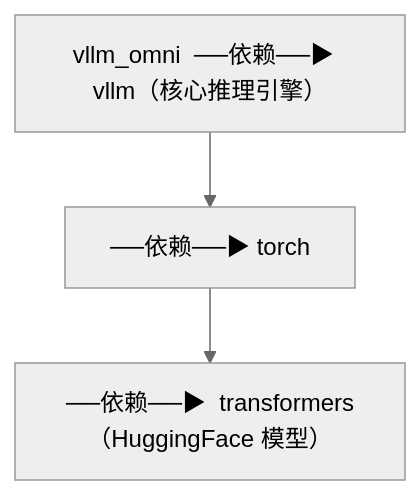
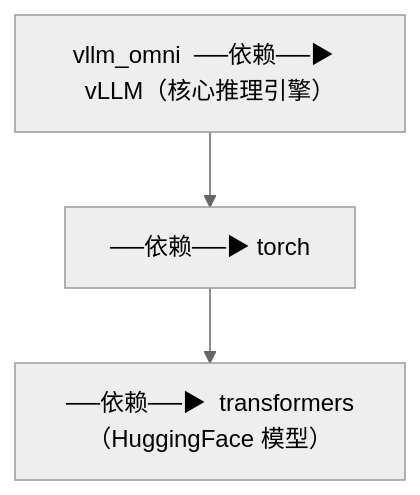
One commit to keyuanweb/ai-learning-path changed the diagram in vllm-omni-learning-path/01-项目总览与入口/01-符号地图.md. Above: the diagram before and after it, drawn with Mermaid (neutral theme). The commit also changed other lines of this file and 176 other files, not shown here.

First line of the commit message:
docs: 全仓库文档校对修复——错别字/失效链接/Mermaid图/源码引用

````diff
--- a/vllm-omni-learning-path/01-项目总览与入口/01-符号地图.md
+++ b/vllm-omni-learning-path/01-项目总览与入口/01-符号地图.md
@@ -37,8 +37,8 @@
 ```mermaid
 flowchart TD
-  n0["vllm_omni  ──依赖──▶  vllm（核心推理引擎）"]
+  n0["vllm_omni  ──依赖──▶  vLLM（核心推理引擎）"]
   n1["──依赖──▶  torch"]
   n2["──依赖──▶  transformers（HuggingFace 模型）"]
   n0 --> n1
   n1 --> n2
 ```
````
